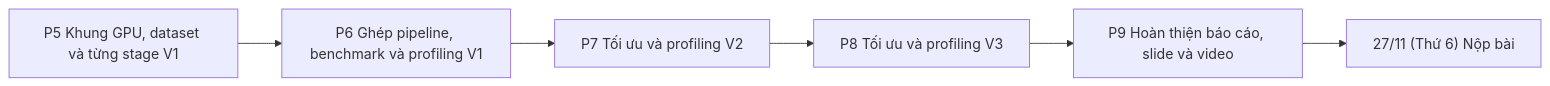
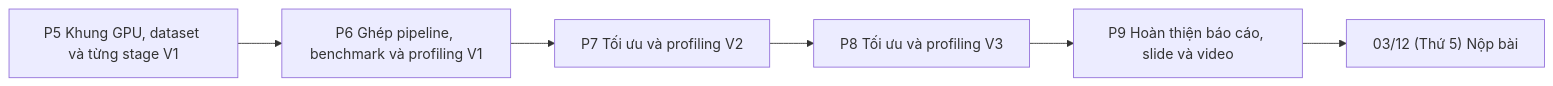
Before and after one commit to nh-atuan/panorama-stitching: the first of 2 diagrams in docs/final-plan.md, drawn with Mermaid. The commit also changed other lines of this file and 2 other files, not shown here.

````diff
--- a/docs/final-plan.md
+++ b/docs/final-plan.md
@@ -53,8 +53,8 @@
 ```mermaid
 flowchart LR
     P5["P5 Khung GPU, dataset và từng stage V1"] --> P6["P6 Ghép pipeline, benchmark và profiling V1"]
     P6 --> P7["P7 Tối ưu và profiling V2"]
     P7 --> P8["P8 Tối ưu và profiling V3"]
     P8 --> P9["P9 Hoàn thiện báo cáo, slide và video"]
-    P9 --> END["27/11 (Thứ 6) Nộp bài"]
+    P9 --> END["03/12 (Thứ 5) Nộp bài"]
 ```
````
